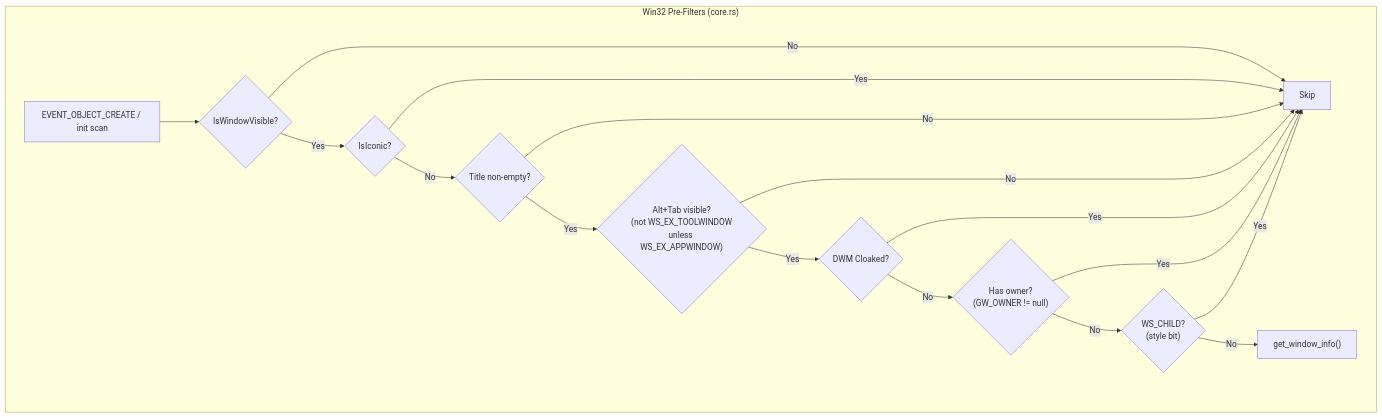
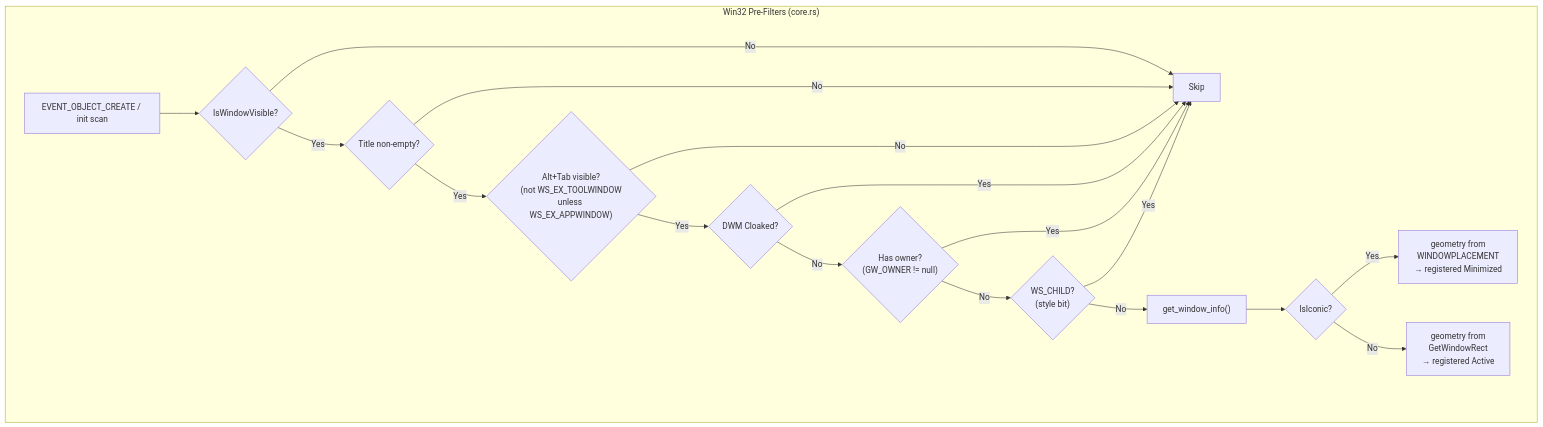
One commit to darth-feir/flow-wm-multi-monitor changed the third of 4 diagrams in docs/src/dev-guide/window-registry.md. Above: the diagram before and after it, drawn with Mermaid. The commit also changed other lines of this file and 15 other files, not shown here.

````diff
--- a/docs/src/dev-guide/window-registry.md
+++ b/docs/src/dev-guide/window-registry.md
@@ -160,20 +163,21 @@
 ```mermaid
 flowchart TB
     subgraph PreFilters["Win32 Pre-Filters (core.rs)"]
         A["EVENT_OBJECT_CREATE / init scan"] --> B{"IsWindowVisible?"}
         B -- No --> SKIP["Skip"]
-        B -- Yes --> C{"IsIconic?"}
-        C -- Yes --> SKIP
-        C -- No --> D{"Title non-empty?"}
+        B -- Yes --> D{"Title non-empty?"}
         D -- No --> SKIP
         D -- Yes --> E{"Alt+Tab visible?<br/>(not WS_EX_TOOLWINDOW<br/>unless WS_EX_APPWINDOW)"}
         E -- No --> SKIP
         E -- Yes --> F{"DWM Cloaked?"}
         F -- Yes --> SKIP
         F -- No --> G{"Has owner?<br/>(GW_OWNER != null)"}
         G -- Yes --> SKIP
         G -- No --> G2{"WS_CHILD?<br/>(style bit)"}
         G2 -- Yes --> SKIP
         G2 -- No --> H["get_window_info()"]
+        H --> I{"IsIconic?"}
+        I -- Yes --> P["geometry from<br/>WINDOWPLACEMENT<br/>→ registered Minimized"]
+        I -- No --> N["geometry from<br/>GetWindowRect<br/>→ registered Active"]
     end
 ```
````
